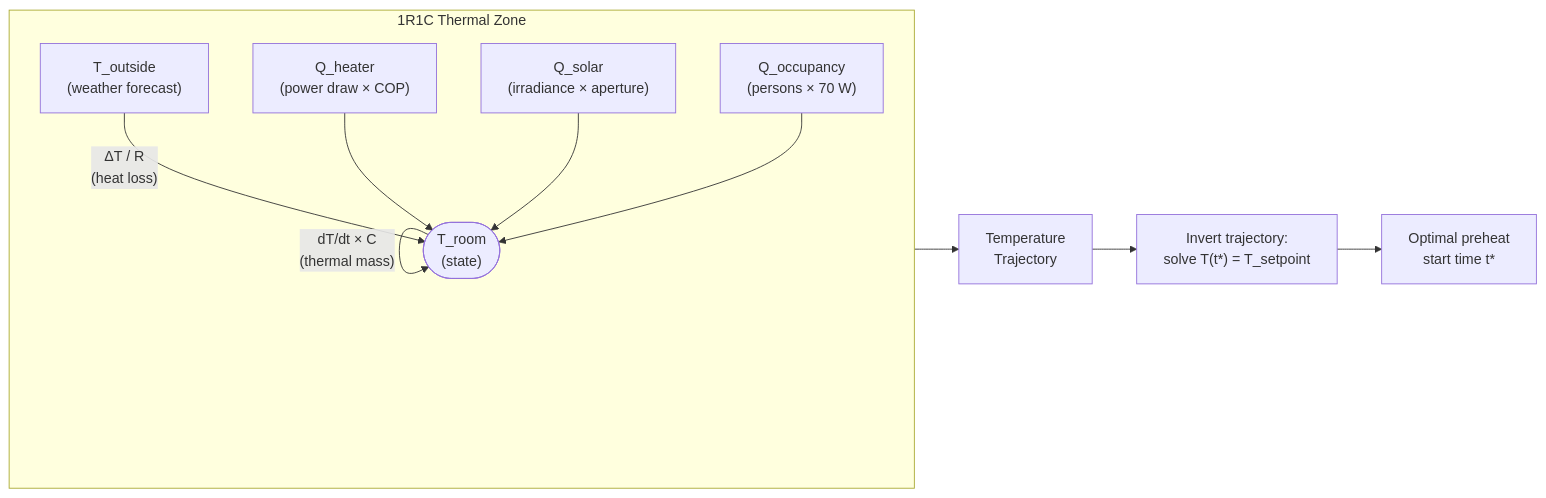
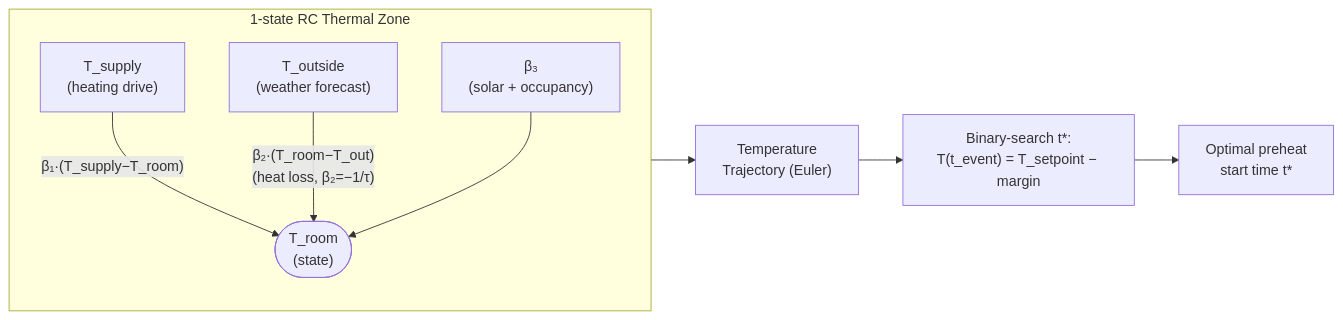
Before and after one commit to Syed-Bilal-Haider-Engineer/Fenners-LBEnergy: the first of 2 diagrams in docs/PDR.md, drawn with Mermaid. The commit also changed other lines of this file and 13 other files, not shown here.

First line of the commit message:
feat: add trajectory calibration + event-level backtest

````diff
--- a/docs/PDR.md
+++ b/docs/PDR.md
@@ -197,14 +208,12 @@
 ```mermaid
 graph LR
-    subgraph RC["1R1C Thermal Zone"]
+    subgraph RC["1-state RC Thermal Zone"]
         direction TB
-        Tout["T_outside\n(weather forecast)"] -- "ΔT / R\n(heat loss)" --> TNode(["T_room\n(state)"])
-        Qh["Q_heater\n(power draw × COP)"] --> TNode
-        Qs["Q_solar\n(irradiance × aperture)"] --> TNode
-        Qo["Q_occupancy\n(persons × 70 W)"] --> TNode
-        TNode -- "dT/dt × C\n(thermal mass)" --> TNode
+        Tsup["T_supply\n(heating drive)"] -- "β₁·(T_supply−T_room)" --> TNode(["T_room\n(state)"])
+        Tout["T_outside\n(weather forecast)"] -- "β₂·(T_room−T_out)\n(heat loss, β₂=−1/τ)" --> TNode
+        Gain["β₃\n(solar + occupancy)"] --> TNode
     end
-    TNode --> Traj["Temperature\nTrajectory"]
-    Traj --> Inv["Invert trajectory:\nsolve T(t*) = T_setpoint"]
+    TNode --> Traj["Temperature\nTrajectory (Euler)"]
+    Traj --> Inv["Binary-search t*:\nT(t_event) = T_setpoint − margin"]
     Inv --> StartTime["Optimal preheat\nstart time t*"]
 ```
````
